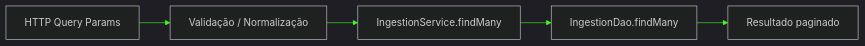
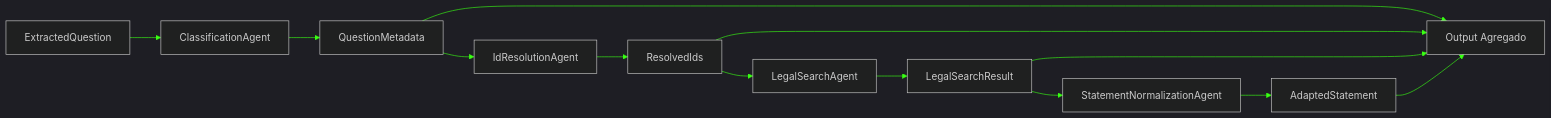
One commit to matheusdiamantino-betalent/questions-ai changed the diagram in PR 52 — Fase 2: Validação Mínima da Consulta Operacional de Ingestions.md. Above: the diagram before and after it, drawn with Mermaid. The commit also changed other lines of this file, not shown here.

Commit message:
Update PR 52 — Fase 2: Validação Mínima da Consulta Operacional de Ingestions.md

````diff
--- a/PR 52 — Fase 2: Validação Mínima da Consulta Operacional de Ingestions.md
+++ b/PR 52 — Fase 2: Validação Mínima da Consulta Operacional de Ingestions.md
@@ -102,15 +105,23 @@
 ```mermaid
 %%{init: {'theme':'dark','themeVariables':{
   'primaryColor':'#0f172a',
   'primaryTextColor':'#e5e7eb',
   'primaryBorderColor':'#22d3ee',
   'lineColor':'#39ff14',
   'secondaryColor':'#111827',
   'tertiaryColor':'#0b1220'
 }}}%%
 flowchart LR
-    A[HTTP Query Params] --> B[Validação / Normalização]
-    B --> C[IngestionService.findMany]
-    C --> D[IngestionDao.findMany]
-    D --> E[Resultado paginado]
+    A[ExtractedQuestion] --> B[ClassificationAgent]
+    B --> C[QuestionMetadata]
+    C --> D[IdResolutionAgent]
+    D --> E[ResolvedIds]
+    E --> F[LegalSearchAgent]
+    F --> G[LegalSearchResult]
+    G --> H[StatementNormalizationAgent]
+    H --> I[AdaptedStatement]
+    C --> J[Output Agregado]
+    E --> J
+    G --> J
+    I --> J
 ```
````
